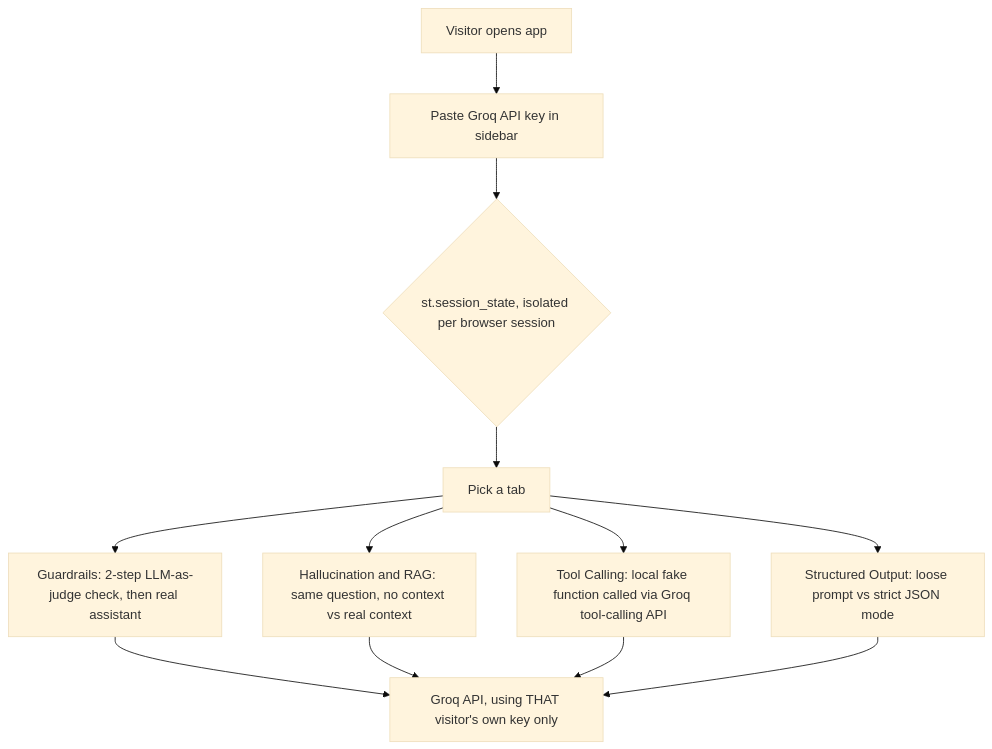
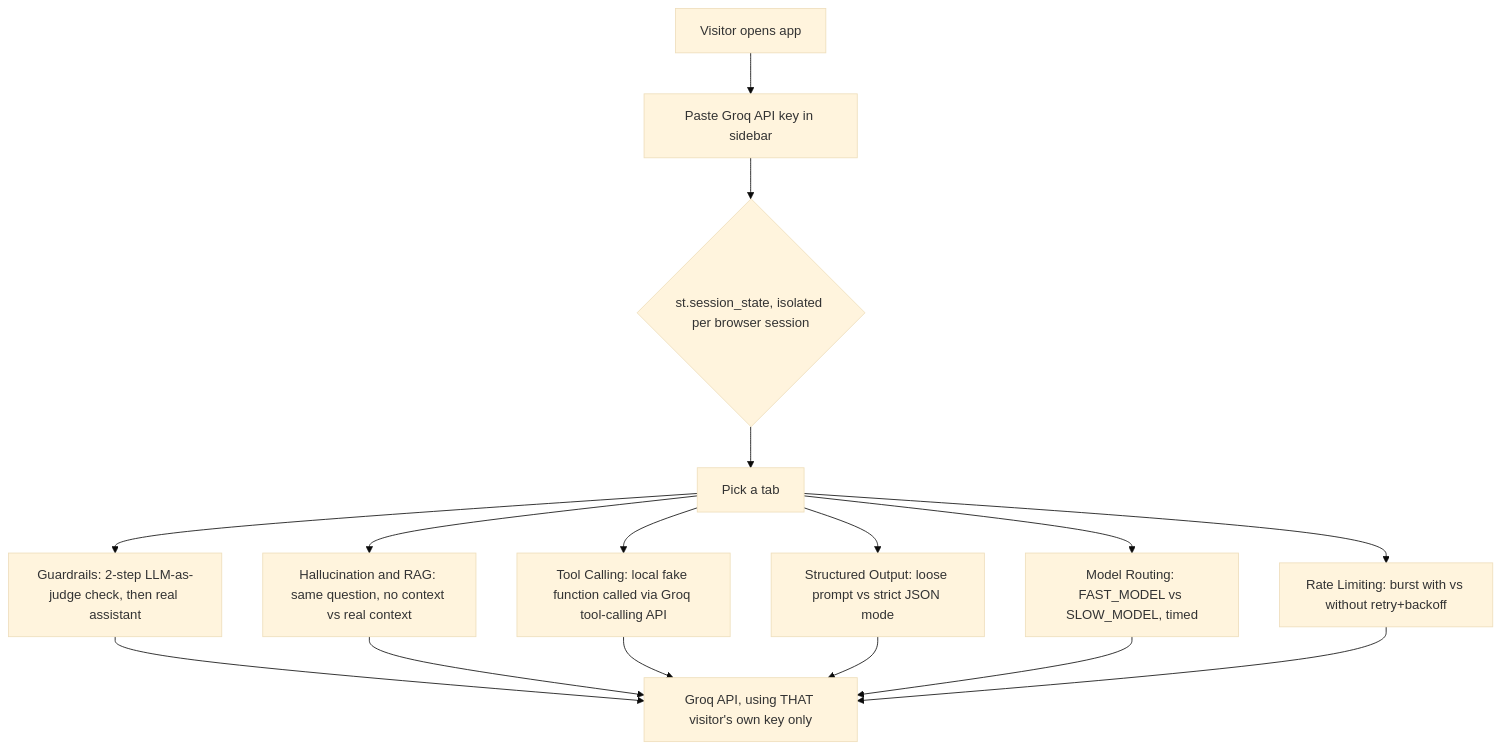
Before and after one commit to shobhansingh431-cmyk/streamlitAppsPublic: the diagram in 01_ai_concept_demos/README.md, drawn with Mermaid (base theme). The commit also changed other lines of this file and 1 other file, not shown here.

Commit message:
updated the model

````diff
--- a/01_ai_concept_demos/README.md
+++ b/01_ai_concept_demos/README.md
@@ -30,11 +41,13 @@
 ```mermaid
 flowchart TD
     A[Visitor opens app] --> B[Paste Groq API key in sidebar]
     B --> C{st.session_state, isolated per browser session}
     C --> D[Pick a tab]
     D --> E[Guardrails: 2-step LLM-as-judge check, then real assistant]
     D --> F[Hallucination and RAG: same question, no context vs real context]
     D --> G[Tool Calling: local fake function called via Groq tool-calling API]
     D --> H[Structured Output: loose prompt vs strict JSON mode]
-    E & F & G & H --> I[Groq API, using THAT visitor's own key only]
+    D --> J[Model Routing: FAST_MODEL vs SLOW_MODEL, timed]
+    D --> K[Rate Limiting: burst with vs without retry+backoff]
+    E & F & G & H & J & K --> I[Groq API, using THAT visitor's own key only]
 ```
````
